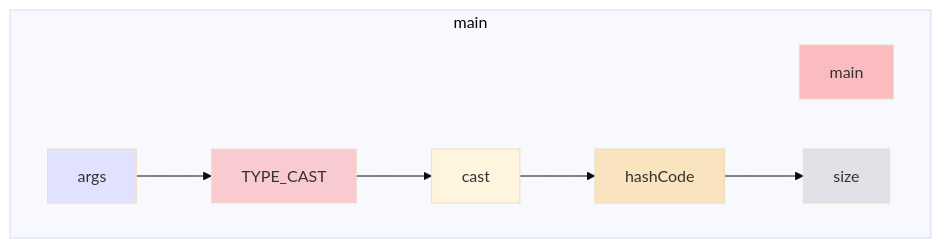
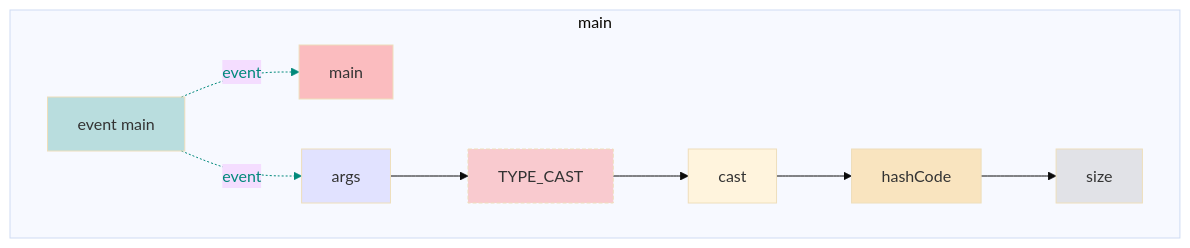
One commit to gstiebler/codeflow changed the diagram in app/src/test/resources/unsupportedAssignment/snapshot.md. Above: the diagram before and after it, drawn with Mermaid (base theme). The commit also changed 77 other files, not shown here.

````diff
--- a/app/src/test/resources/unsupportedAssignment/snapshot.md
+++ b/app/src/test/resources/unsupportedAssignment/snapshot.md
@@ -1,22 +1,28 @@
 ```mermaid
 flowchart TD
   subgraph b0["main"]
-    n1[main]:::RETURN
-    n2[args]:::FUNC_PARAM
-    n3[TYPE_CAST]:::UNMODELLED
-    n4[cast]:::OBJ_VARIABLE
-    n5[hashCode]:::EXTERNAL
-    n6[size]:::VARIABLE
-    n2[args]:::FUNC_PARAM --> n3[TYPE_CAST]:::UNMODELLED
-    n3[TYPE_CAST]:::UNMODELLED --> n4[cast]:::OBJ_VARIABLE
-    n4[cast]:::OBJ_VARIABLE --> n5[hashCode]:::EXTERNAL
-    n5[hashCode]:::EXTERNAL --> n6[size]:::VARIABLE
+    n1[event main]:::EVENT
+    n2[main]:::RETURN
+    n3[args]:::FUNC_PARAM
+    n4[TYPE_CAST]:::UNMODELLED
+    n5[cast]:::OBJ_VARIABLE
+    n6[hashCode]:::EXTERNAL
+    n7[size]:::VARIABLE
+    n1[event main]:::EVENT -. event .-> n2[main]:::RETURN
+    n1[event main]:::EVENT -. event .-> n3[args]:::FUNC_PARAM
+    n3[args]:::FUNC_PARAM --> n4[TYPE_CAST]:::UNMODELLED
+    n4[TYPE_CAST]:::UNMODELLED --> n5[cast]:::OBJ_VARIABLE
+    n5[cast]:::OBJ_VARIABLE --> n6[hashCode]:::EXTERNAL
+    n6[hashCode]:::EXTERNAL --> n7[size]:::VARIABLE
   end
+  linkStyle 0 stroke:#00897b,color:#00897b
+  linkStyle 1 stroke:#00897b,color:#00897b
   classDef LITERAL fill:#00FF0030
   classDef VARIABLE fill:#80808030
   classDef BIN_OP fill:#80808080
   classDef FUNC_PARAM fill:#8080FF30
   classDef RETURN fill:#FF808080
   classDef EXTERNAL fill:#FFA50040
   classDef UNMODELLED fill:#FF000030,stroke-dasharray: 4 2
+  classDef EVENT fill:#00897B40
 ```
````
